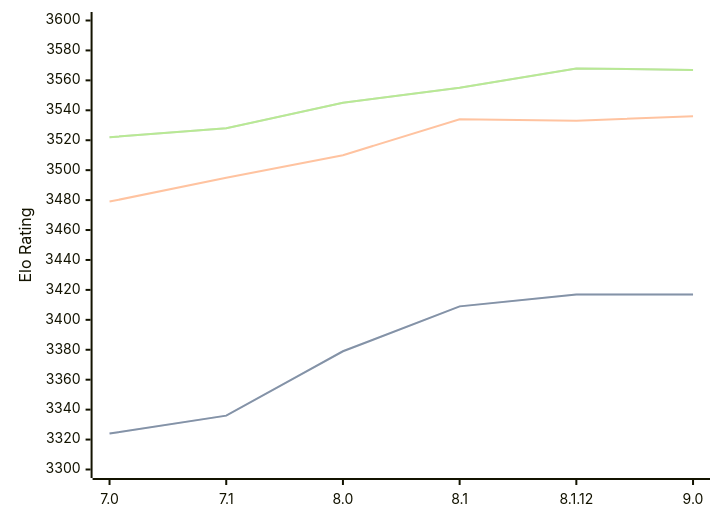
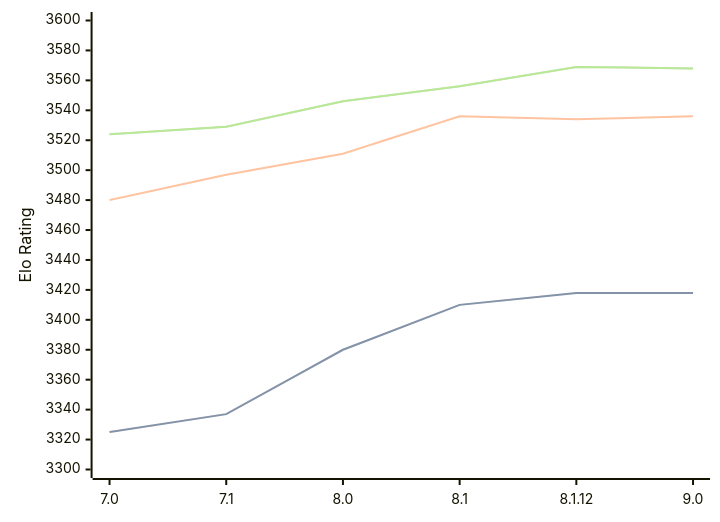
One commit to computer-chess-index/cci changed the diagram in engines/Alexandria.md. Above: the diagram before and after it, drawn with Mermaid. The commit also changed other lines of this file, not shown here.

Commit message:
Update CCI Ratings (ELO VLTC) - 2026-08-09

````diff
--- a/engines/Alexandria.md
+++ b/engines/Alexandria.md
@@ -36,11 +36,11 @@
 ```mermaid
 %%{init: {"theme":"base","themeVariables":{"seriesColors:['#a3a3a3','#222221','#faa371']}}}%%
 xychart-beta
   x-axis ["7.0", "7.1", "8.0", "8.1", "8.1.12", "9.0"]
   y-axis "Elo Rating" 3300 --> 3600
-  line "STC (8.0+0.08s)" [3324, 3336, 3379, 3409, 3417, 3417]
-  line "STC (8.0+0.08s)" [3324, 3336, 3379, 3409, 3417, 3417]
-  line "LTC (60.0+0.60s)" [3479, 3495, 3510, 3534, 3533, 3536]
-  line "VLTC (2m24s+1.12s)" [3522, 3528, 3545, 3555, 3568, 3567]
-  line "VLTC (2m24s+1.12s)" [3522, 3528, 3545, 3555, 3568, 3567]
+  line "STC (8.0+0.08s)" [3325, 3337, 3380, 3410, 3418, 3418]
+  line "STC (8.0+0.08s)" [3325, 3337, 3380, 3410, 3418, 3418]
+  line "LTC (60.0+0.60s)" [3480, 3497, 3511, 3536, 3534, 3536]
+  line "VLTC (2m24s+1.12s)" [3524, 3529, 3546, 3556, 3569, 3568]
+  line "VLTC (2m24s+1.12s)" [3524, 3529, 3546, 3556, 3569, 3568]
 ```
````
